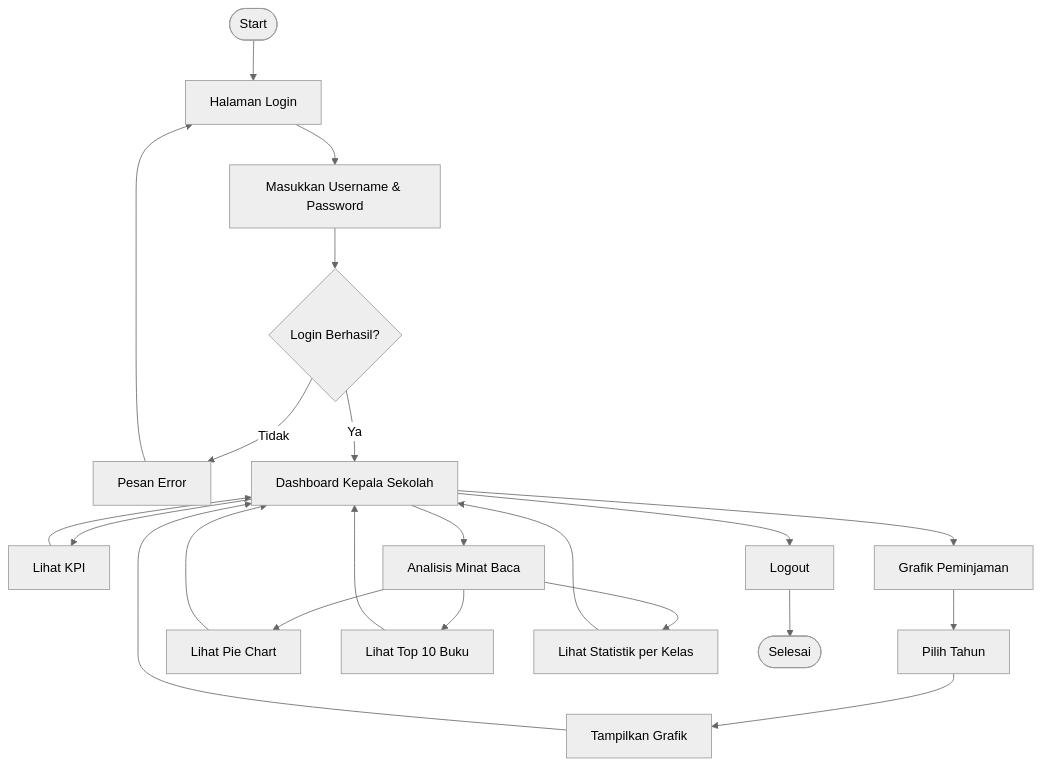
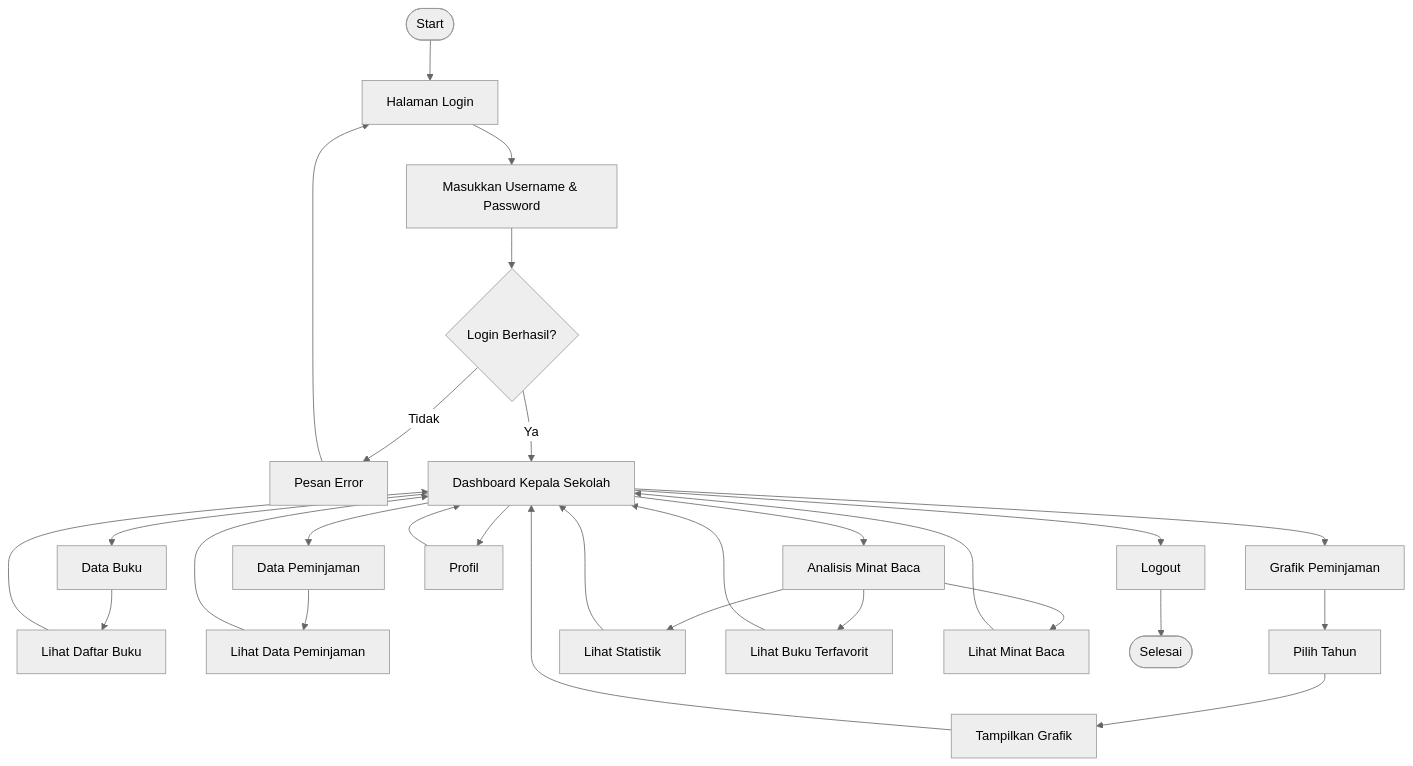
Before and after one commit to yoletaaissha/PERPUSTAKAAN-DIGITAL-PERINTIS: the fourth of 5 diagrams in user_flows/user_flow_diagram.md, drawn with Mermaid (neutral theme). The commit also changed other lines of this file and 22 other files, not shown here.

Commit message:
Update dokumentasi dan user flow perpustakaan

````diff
--- a/user_flows/user_flow_diagram.md
+++ b/user_flows/user_flow_diagram.md
@@ -109,32 +154,54 @@
 ```mermaid
 flowchart TD
 
-A([Start]) --> B[Halaman Login]
+A([Start])
+--> B[Halaman Login]
+
 B --> C[Masukkan Username & Password]
+
 C --> D{Login Berhasil?}
 
 D -- Tidak --> E[Pesan Error]
 E --> B
 
 D -- Ya --> F[Dashboard Kepala Sekolah]
 
-F --> G[Lihat KPI]
-F --> H[Grafik Peminjaman]
-F --> I[Analisis Minat Baca]
-F --> J[Logout]
+F --> G[Data Buku]
+F --> H[Data Peminjaman]
+F --> I[Grafik Peminjaman]
+F --> J[Analisis Minat Baca]
+F --> K[Profil]
+F --> L[Logout]
 
-G --> F
-H --> H1[Pilih Tahun]
-H1 --> H2[Tampilkan Grafik]
-H2 --> F
+%% Data Buku
 
-I --> I1[Lihat Pie Chart]
-I --> I2[Lihat Top 10 Buku]
-I --> I3[Lihat Statistik per Kelas]
+G --> G1[Lihat Daftar Buku]
+G1 --> F
 
-I1 --> F
+%% Data Peminjaman
+
+H --> H1[Lihat Data Peminjaman]
+H1 --> F
+
+%% Grafik
+
+I --> I1[Pilih Tahun]
+I1 --> I2[Tampilkan Grafik]
 I2 --> F
-I3 --> F
 
-J --> K([Selesai])
+%% Analisis
+
+J --> J1[Lihat Statistik]
+J --> J2[Lihat Buku Terfavorit]
+J --> J3[Lihat Minat Baca]
+
+J1 --> F
+J2 --> F
+J3 --> F
+
+%% Profil
+
+K --> F
+
+L --> M([Selesai])
 ```
````
